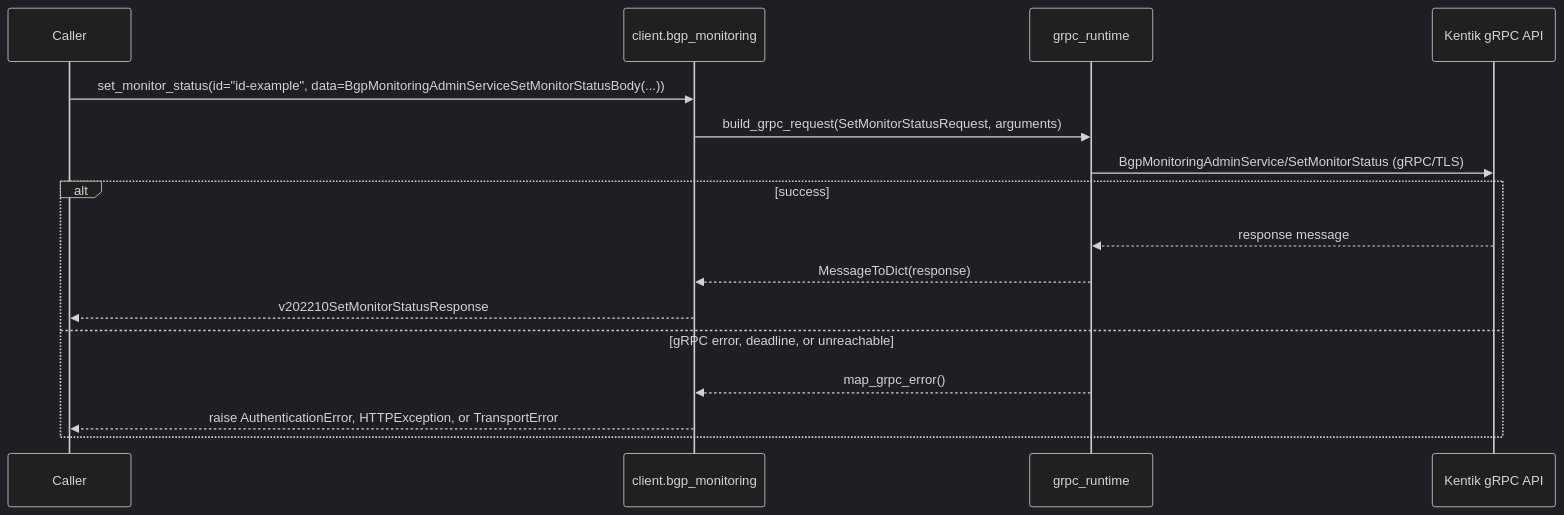
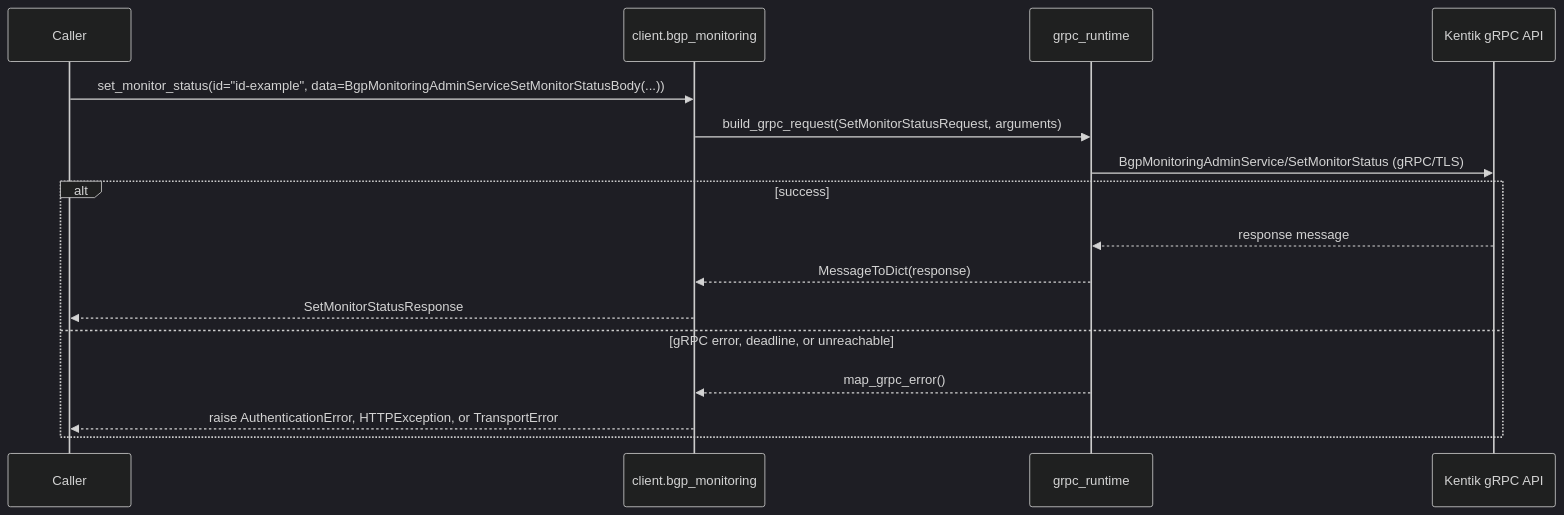
Diagram 17 of 18 in docs/sphinx/services/bgp_monitoring.md (alexdearaujo/community_sdk_python), drawn with Mermaid (dark theme) before and after one commit. The commit also changed other lines of this file and 38 other files, not shown here.

````diff
--- a/docs/sphinx/services/bgp_monitoring.md
+++ b/docs/sphinx/services/bgp_monitoring.md
@@ -587,19 +587,19 @@
 ```mermaid
 sequenceDiagram
     participant C as Caller
     participant W as client.bgp_monitoring
     participant R as grpc_runtime
     participant API as Kentik gRPC API
 
     C->>W: set_monitor_status(id="id-example", data=BgpMonitoringAdminServiceSetMonitorStatusBody(...))
     W->>R: build_grpc_request(SetMonitorStatusRequest, arguments)
     R->>API: BgpMonitoringAdminService/SetMonitorStatus (gRPC/TLS)
     alt success
         API-->>R: response message
         R-->>W: MessageToDict(response)
-        W-->>C: v202210SetMonitorStatusResponse
+        W-->>C: SetMonitorStatusResponse
     else gRPC error, deadline, or unreachable
         R-->>W: map_grpc_error()
         W-->>C: raise AuthenticationError, HTTPException, or TransportError
     end
 ```
````
